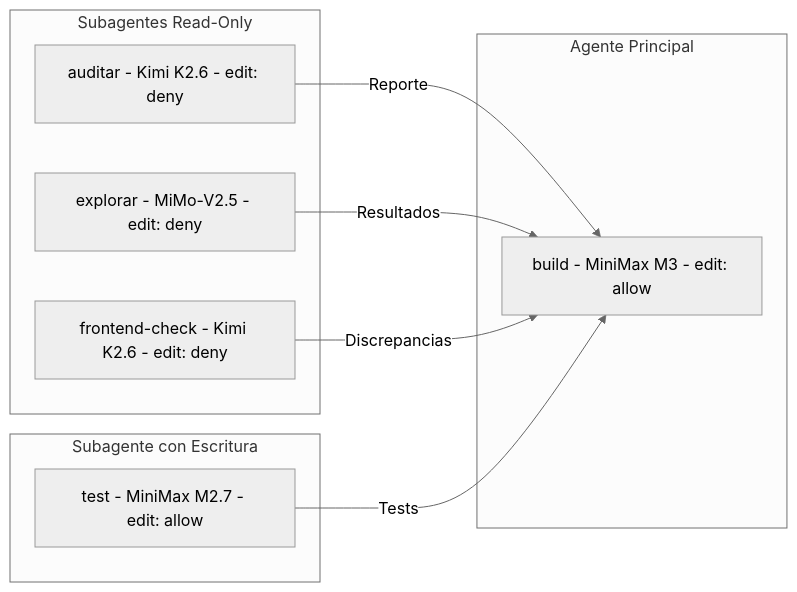
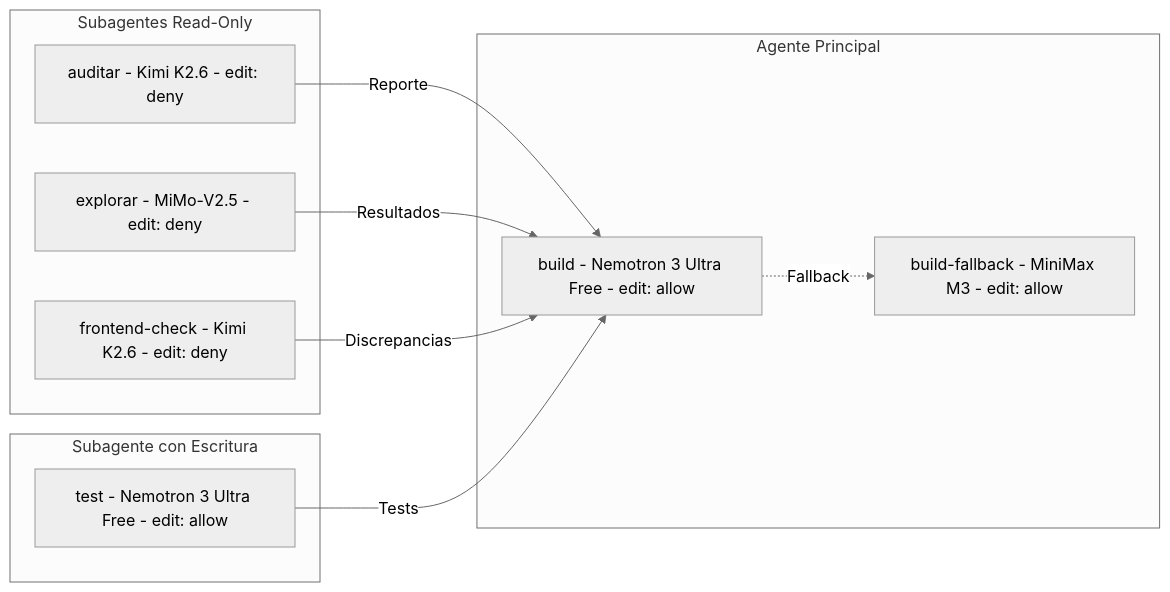
The second of 3 diagrams in docs/ai_usage/multi-agent-architecture.md (Santi746/vyntra-backend), drawn with Mermaid (neutral theme) before and after one commit. The commit also changed other lines of this file and 121 other files, not shown here.

First line of the commit message:
🏗️ harden API architecture with mandatory patterns, rate limiting, and strict type contracts

````diff
--- a/docs/ai_usage/multi-agent-architecture.md
+++ b/docs/ai_usage/multi-agent-architecture.md
@@ -121,21 +145,23 @@
 ```mermaid
 graph LR
     subgraph "Subagentes Read-Only"
         A1[auditar - Kimi K2.6 - edit: deny]
         A2[explorar - MiMo-V2.5 - edit: deny]
         A3[frontend-check - Kimi K2.6 - edit: deny]
     end
 
     subgraph "Subagente con Escritura"
-        A4[test - MiniMax M2.7 - edit: allow]
+        A4[test - Nemotron 3 Ultra Free - edit: allow]
     end
 
     subgraph "Agente Principal"
-        A5[build - MiniMax M3 - edit: allow]
+        A5[build - Nemotron 3 Ultra Free - edit: allow]
+        A6[build-fallback - MiniMax M3 - edit: allow]
     end
 
     A1 -->|Reporte| A5
     A2 -->|Resultados| A5
     A3 -->|Discrepancias| A5
     A4 -->|Tests| A5
+    A5 -.->|Fallback| A6
 ```
````
